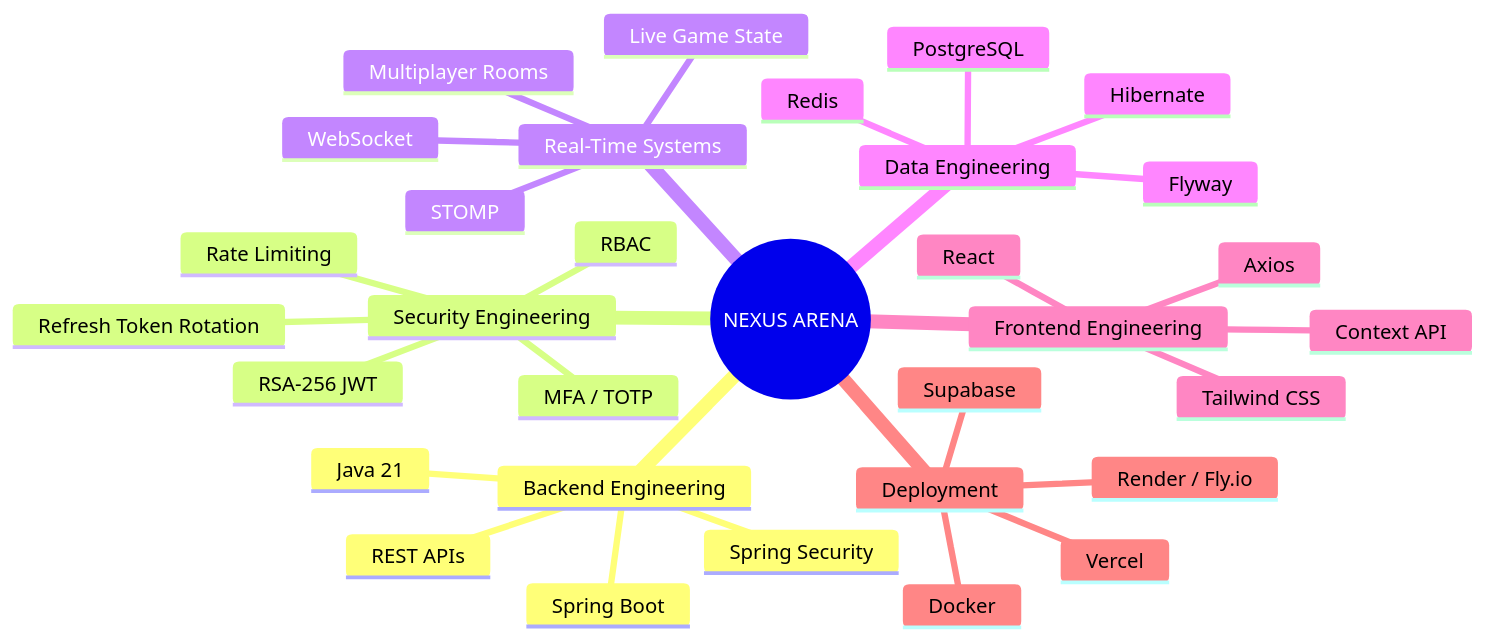
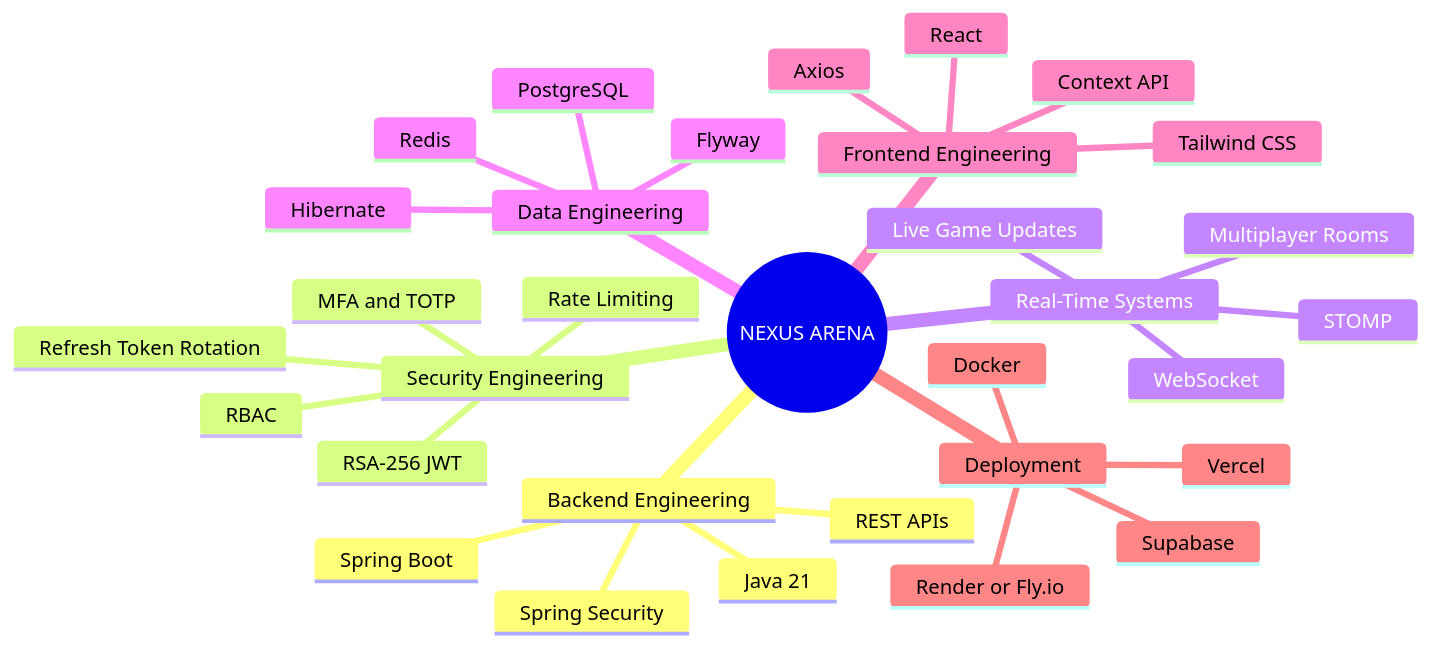
One commit to AnshCyberSec/nexus-arena changed diagram 18 of 18 in README.md. Above: the diagram before and after it, drawn with Mermaid.

Commit message:
Update terminology in README.md

````diff
--- a/README.md
+++ b/README.md
@@ -629,35 +629,35 @@
 ```mermaid
 mindmap
   root((NEXUS ARENA))
     Backend Engineering
       Java 21
       Spring Boot
       REST APIs
       Spring Security
     Security Engineering
       RSA-256 JWT
       Refresh Token Rotation
-      MFA / TOTP
+      MFA and TOTP
       RBAC
       Rate Limiting
     Real-Time Systems
       WebSocket
       STOMP
       Multiplayer Rooms
-      Live Game State
+      Live Game Updates
     Data Engineering
       PostgreSQL
       Hibernate
       Redis
       Flyway
     Frontend Engineering
       React
       Context API
       Axios
       Tailwind CSS
     Deployment
       Docker
       Vercel
-      Render / Fly.io
+      Render or Fly.io
       Supabase
 ```
````
